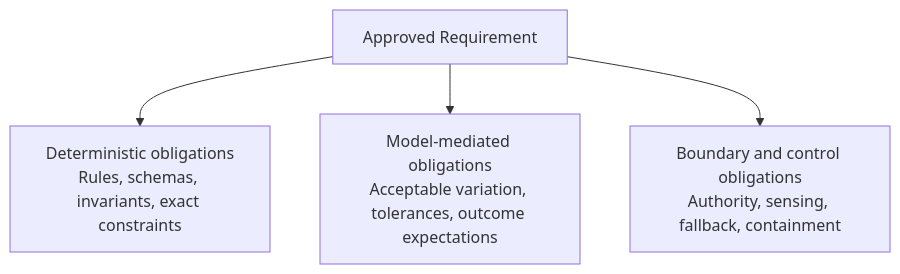
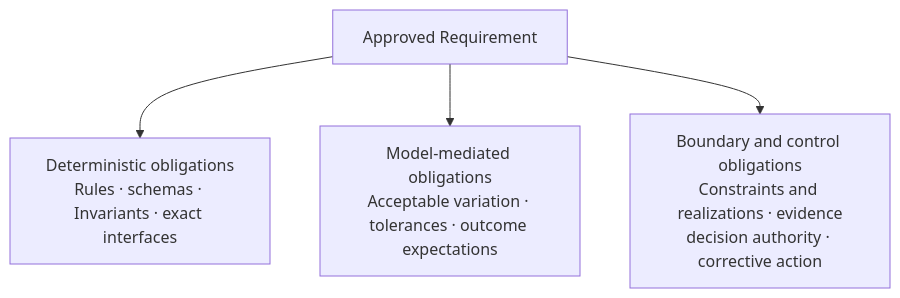
The first of 3 diagrams in 00-doctrine/requirements-correctness-and-bugs.md (UncertaintyArchitectureGroup/uncertainty-architecture), drawn with Mermaid before and after one commit. The commit also changed other lines of this file, not shown here.

Commit message:
Align requirement doctrine with control anatomy and source provenance

````diff
--- a/00-doctrine/requirements-correctness-and-bugs.md
+++ b/00-doctrine/requirements-correctness-and-bugs.md
@@ -68,12 +74,12 @@
 ```mermaid
 flowchart TB
     R[Approved Requirement]
 
-    D[Deterministic obligations<br/>Rules, schemas, invariants, exact constraints]
-    M[Model-mediated obligations<br/>Acceptable variation, tolerances, outcome expectations]
-    C[Boundary and control obligations<br/>Authority, sensing, fallback, containment]
+    D[Deterministic obligations<br/>Rules · schemas · Invariants · exact interfaces]
+    M[Model-mediated obligations<br/>Acceptable variation · tolerances · outcome expectations]
+    C[Boundary and control obligations<br/>Constraints and realizations · evidence<br/>decision authority · corrective action]
 
     R --> D
     R --> M
     R --> C
 ```
````
